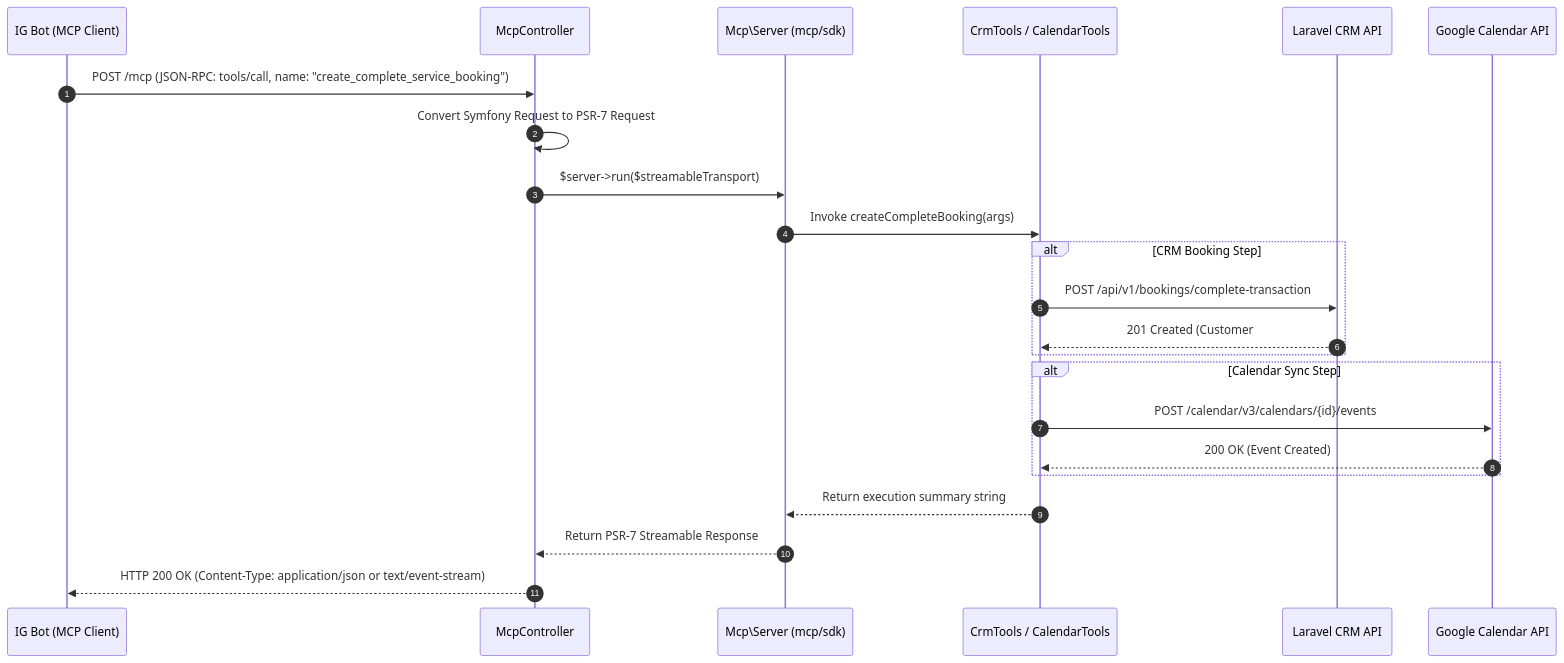
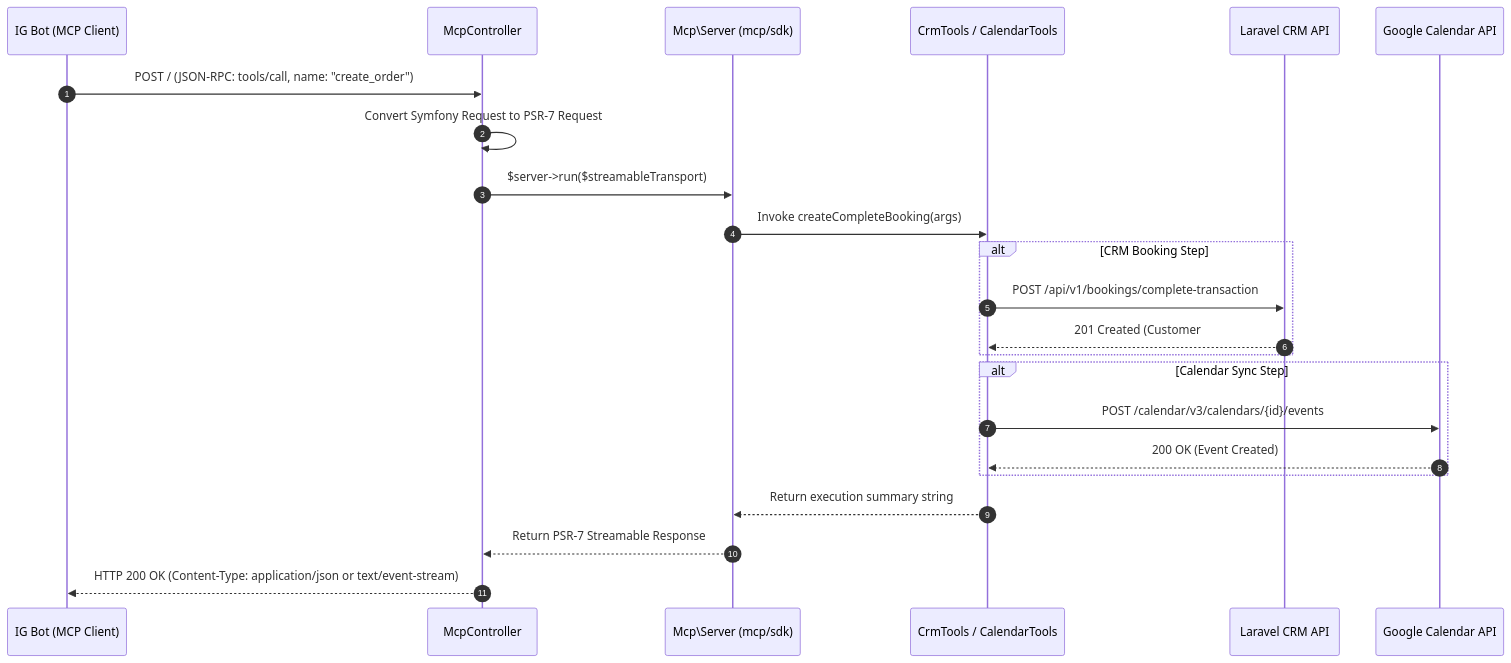
One commit to worldhorizontechnology/services changed the second of 2 diagrams in docs/spec/mcp.md. Above: the diagram before and after it, drawn with Mermaid. The commit also changed other lines of this file and 3 other files, not shown here.

````diff
--- a/docs/spec/mcp.md
+++ b/docs/spec/mcp.md
@@ -123,31 +124,31 @@
 ```mermaid
 sequenceDiagram
     autonumber
     participant Bot as IG Bot (MCP Client)
     participant Controller as McpController
     participant SDK as Mcp\Server (mcp/sdk)
     participant Tool as CrmTools / CalendarTools
     participant CRM as Laravel CRM API
     participant GCal as Google Calendar API
 
-    Bot->>Controller: POST /mcp (JSON-RPC: tools/call, name: "create_complete_service_booking")
+    Bot->>Controller: POST / (JSON-RPC: tools/call, name: "create_order")
     Controller->>Controller: Convert Symfony Request to PSR-7 Request
     Controller->>SDK: $server->run($streamableTransport)
     
     SDK->>Tool: Invoke createCompleteBooking(args)
     
     alt CRM Booking Step
         Tool->>CRM: POST /api/v1/bookings/complete-transaction
         CRM-->>Tool: 201 Created (Customer #12, Order #45, Assignment #88)
     end
 
     alt Calendar Sync Step
         Tool->>GCal: POST /calendar/v3/calendars/{id}/events
         GCal-->>Tool: 200 OK (Event Created)
     end
 
     Tool-->>SDK: Return execution summary string
     SDK-->>Controller: Return PSR-7 Streamable Response
     Controller-->>Bot: HTTP 200 OK (Content-Type: application/json or text/event-stream)
 
 ```
````
